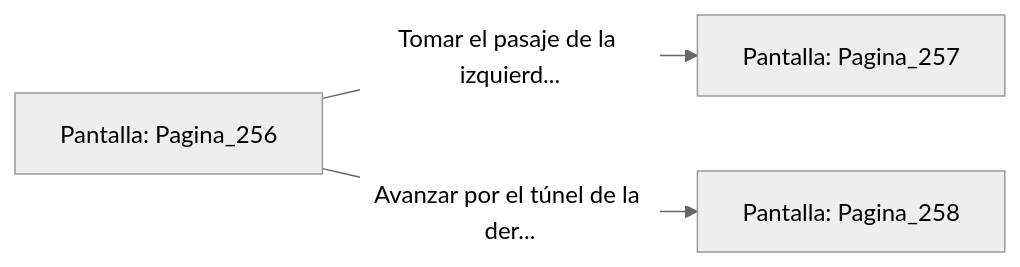
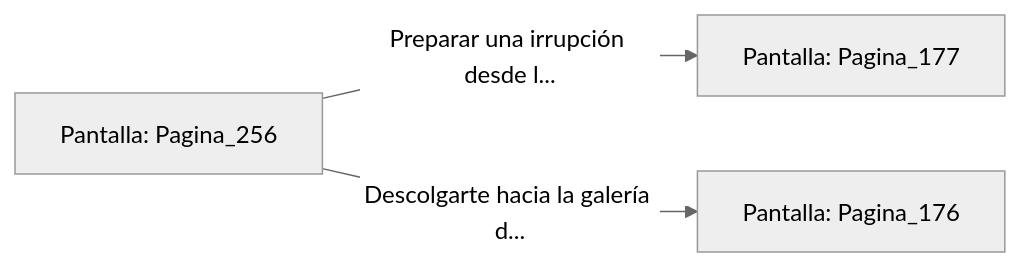
Before and after one commit to metsuke/mpl: the diagram in sample/eligejuego-vault/Pantalla_Pagina_256.md, drawn with Mermaid (neutral theme). The commit also changed other lines of this file and 635 other files, not shown here.

First line of the commit message:
fix: añadir Pagina_1 como pantalla inicial en capitulo_01.mpl

````diff
--- a/sample/eligejuego-vault/Pantalla_Pagina_256.md
+++ b/sample/eligejuego-vault/Pantalla_Pagina_256.md
@@ -20,6 +22,6 @@
 ```mermaid
 graph LR
     P_Pagina_256["Pantalla: Pagina_256"]
-    P_Pagina_256 -->|"Tomar el pasaje de la izquierd..."| P_Pagina_257["Pantalla: Pagina_257"]
-    P_Pagina_256 -->|"Avanzar por el túnel de la der..."| P_Pagina_258["Pantalla: Pagina_258"]
+    P_Pagina_256 -->|"Preparar una irrupción desde l..."| P_Pagina_177["Pantalla: Pagina_177"]
+    P_Pagina_256 -->|"Descolgarte hacia la galería d..."| P_Pagina_176["Pantalla: Pagina_176"]
 ```
````
